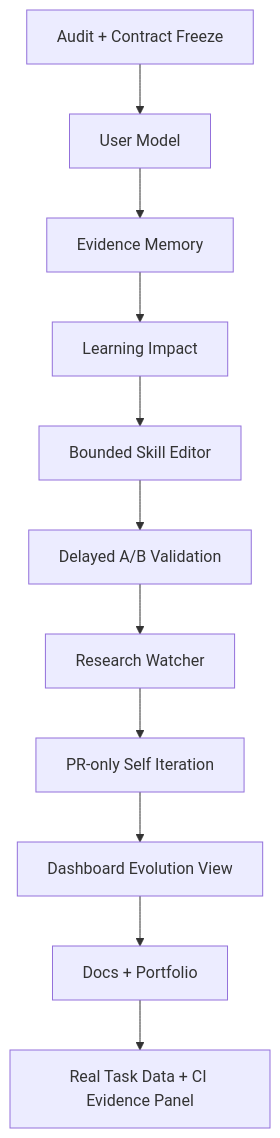
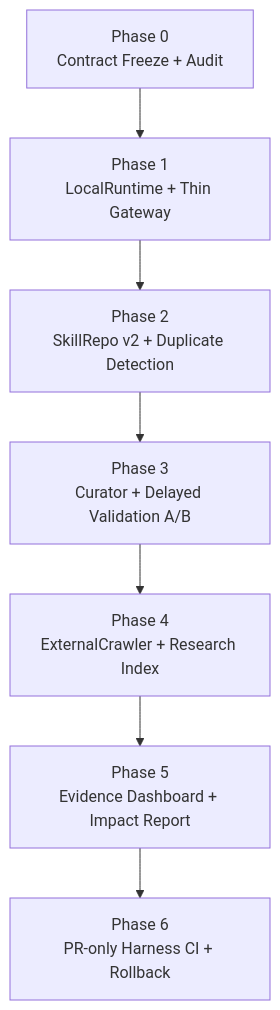
One commit to liuanye9-lab/OS-Agent changed diagram 14 of 15 in README.md. Above: the diagram before and after it, drawn with Mermaid. The commit also changed other lines of this file and 18 other files, not shown here.

````diff
--- a/README.md
+++ b/README.md
@@ -171,16 +1024,12 @@
 ```mermaid
 flowchart TD
-    P0[Audit + Contract Freeze]
-    P1[User Model]
-    P2[Evidence Memory]
-    P3[Learning Impact]
-    P4[Bounded Skill Editor]
-    P5[Delayed A/B Validation]
-    P6[Research Watcher]
-    P7[PR-only Self Iteration]
-    P8[Dashboard Evolution View]
-    P9[Docs + Portfolio]
-    Next[Real Task Data + CI Evidence Panel]
+    P0[Phase 0<br/>Contract Freeze + Audit]
+    P1[Phase 1<br/>LocalRuntime + Thin Gateway]
+    P2[Phase 2<br/>SkillRepo v2 + Duplicate Detection]
+    P3[Phase 3<br/>Curator + Delayed Validation A/B]
+    P4[Phase 4<br/>ExternalCrawler + Research Index]
+    P5[Phase 5<br/>Evidence Dashboard + Impact Report]
+    P6[Phase 6<br/>PR-only Harness CI + Rollback]
 
-    P0 --> P1 --> P2 --> P3 --> P4 --> P5 --> P6 --> P7 --> P8 --> P9 --> Next
+    P0 --> P1 --> P2 --> P3 --> P4 --> P5 --> P6
 ```
````
